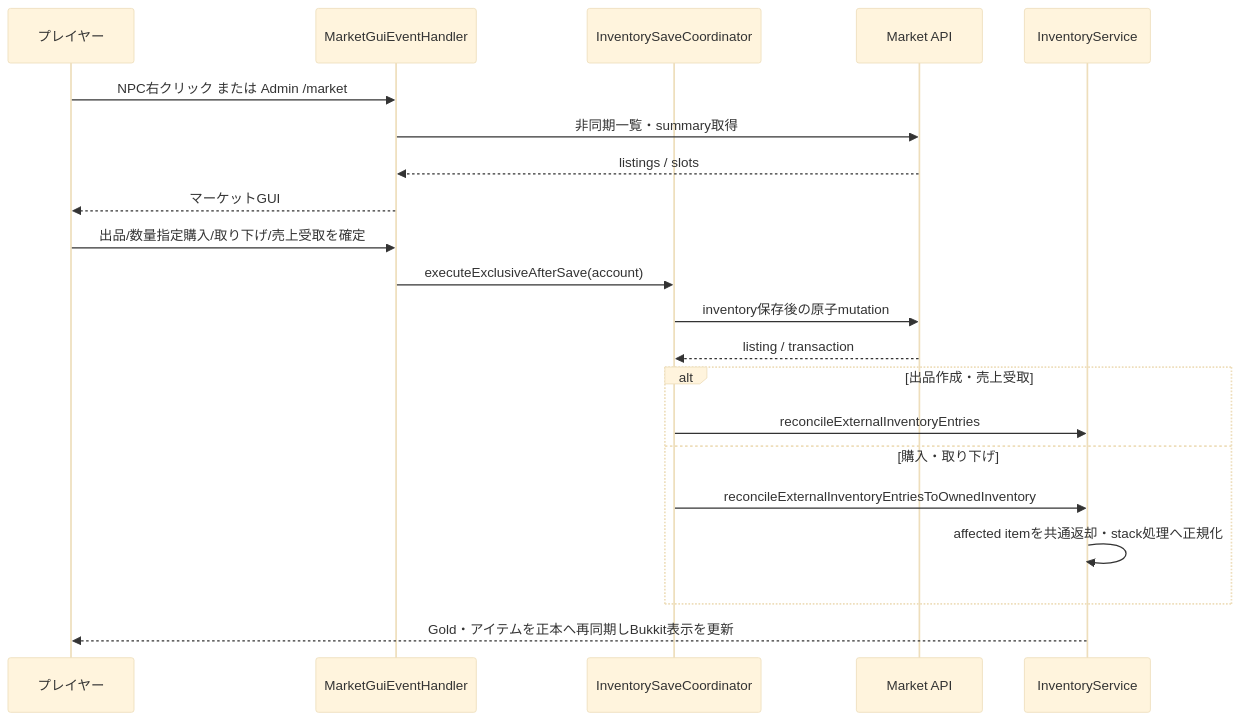
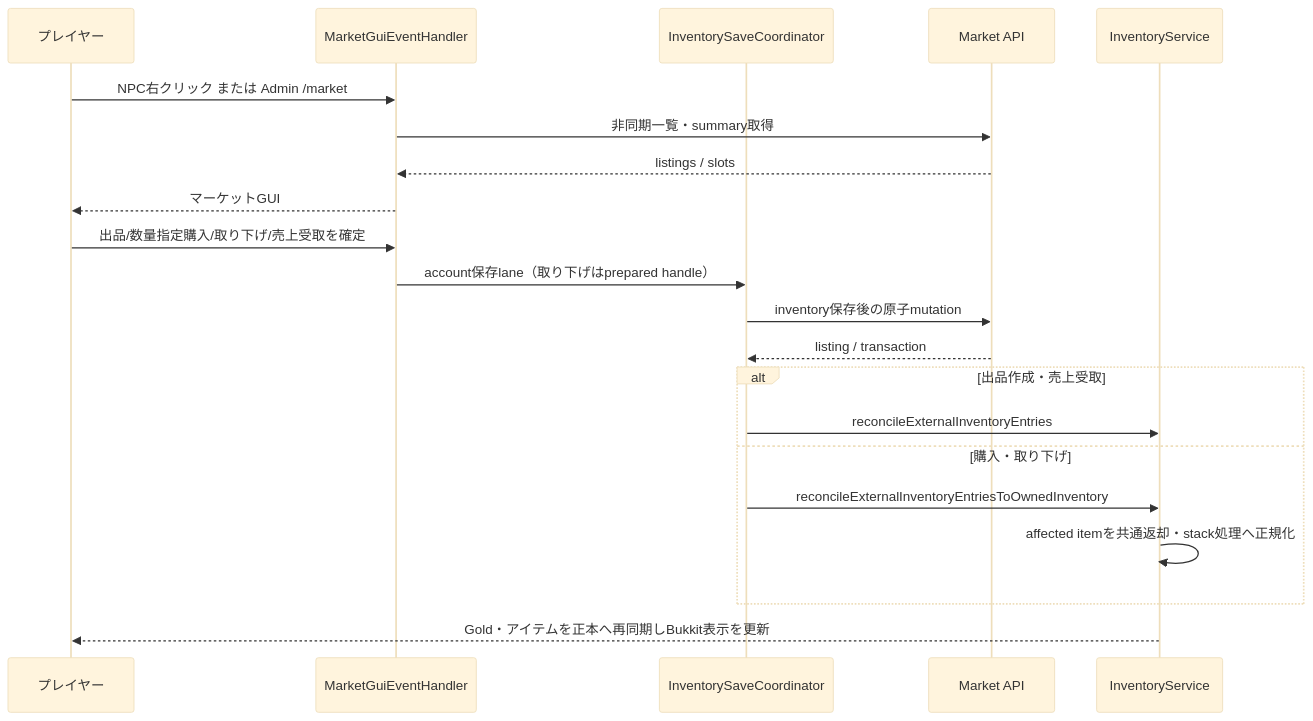
One commit to maaasu/AstralRecord-Workspace changed the sixth of 6 diagrams in 00_docs/10_Plugin設計書/feature/23-market/23_4-統合フロー.md. Above: the diagram before and after it, drawn with Mermaid (base theme). The commit also changed other lines of this file and 33 other files, not shown here.

````diff
--- a/00_docs/10_Plugin設計書/feature/23-market/23_4-統合フロー.md
+++ b/00_docs/10_Plugin設計書/feature/23-market/23_4-統合フロー.md
@@ -123,23 +150,23 @@
 ```mermaid
 sequenceDiagram
     participant Player as プレイヤー
     participant GUI as MarketGuiEventHandler
     participant Save as InventorySaveCoordinator
     participant API as Market API
     participant Inv as InventoryService
     Player->>GUI: NPC右クリック または Admin /market
     GUI->>API: 非同期一覧・summary取得
     API-->>GUI: listings / slots
     GUI-->>Player: マーケットGUI
     Player->>GUI: 出品/数量指定購入/取り下げ/売上受取を確定
-    GUI->>Save: executeExclusiveAfterSave(account)
+    GUI->>Save: account保存lane（取り下げはprepared handle）
     Save->>API: inventory保存後の原子mutation
     API-->>Save: listing / transaction
     alt 出品作成・売上受取
         Save->>Inv: reconcileExternalInventoryEntries
     else 購入・取り下げ
         Save->>Inv: reconcileExternalInventoryEntriesToOwnedInventory
         Inv->>Inv: affected itemを共通返却・stack処理へ正規化
     end
     Inv-->>Player: Gold・アイテムを正本へ再同期しBukkit表示を更新
 ```
````
